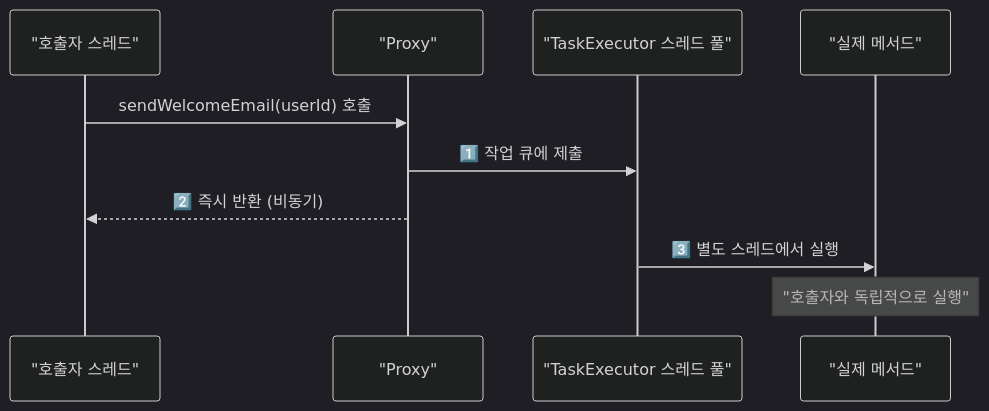
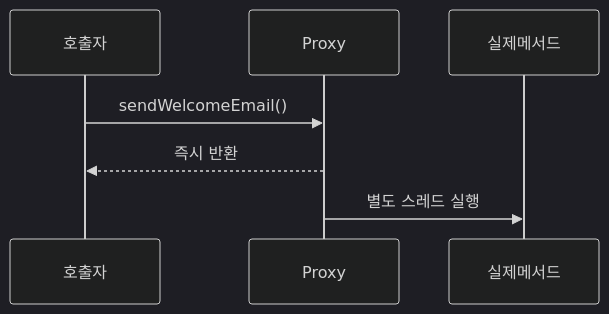
One commit to yjkim2015/yjkim2015.github.io changed the first of 2 diagrams in _posts/spring/2026-05-01-spring-async.md. Above: the diagram before and after it, drawn with Mermaid (dark theme). The commit also changed 155 other files, not shown here.

First line of the commit message:
Mermaid 전면 수정: subgraph 제거, participant/노드/줄수 축소 (342블록)

````diff
--- a/_posts/spring/2026-05-01-spring-async.md
+++ b/_posts/spring/2026-05-01-spring-async.md
@@ -25,12 +25,9 @@
 ```mermaid
 sequenceDiagram
-    participant C as "호출자 스레드"
-    participant P as "Proxy"
-    participant Q as "TaskExecutor 스레드 풀"
-    participant M as "실제 메서드"
-    C->>P: sendWelcomeEmail(userId) 호출
-    P->>Q: 1️⃣ 작업 큐에 제출
-    P-->>C: 2️⃣ 즉시 반환 (비동기)
-    Q->>M: 3️⃣ 별도 스레드에서 실행
-    Note over M: "호출자와 독립적으로 실행"
+    participant C as 호출자
+    participant P as Proxy
+    participant M as 실제메서드
+    C->>P: sendWelcomeEmail()
+    P-->>C: 즉시 반환
+    P->>M: 별도 스레드 실행
 ```
````
